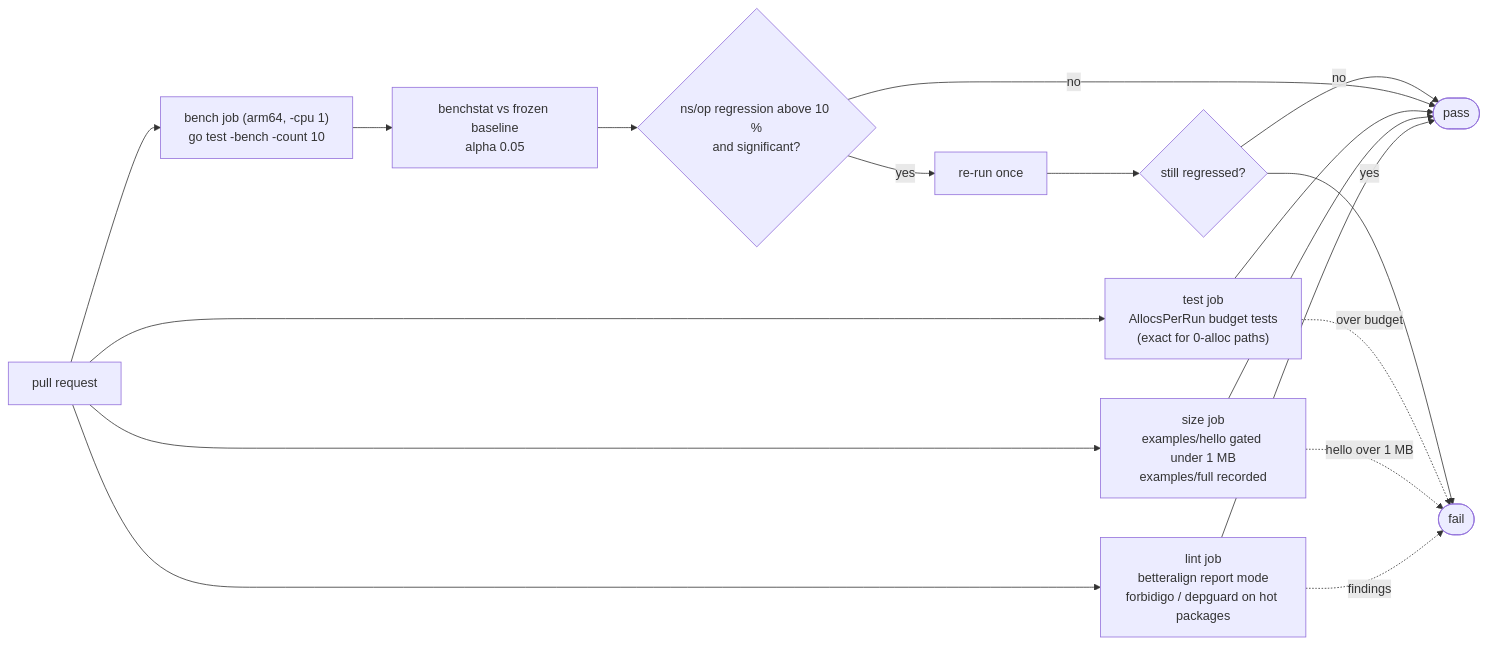
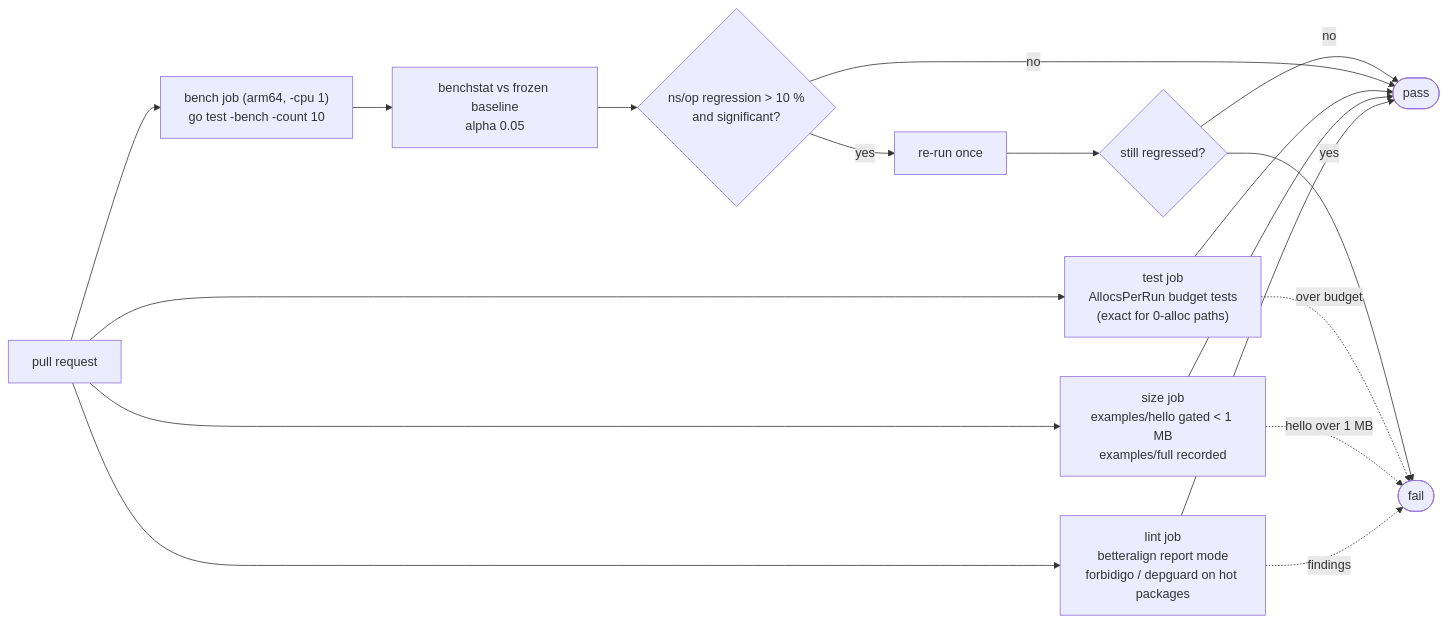
One commit to christiangda/powertools-lambda-go-plan changed the diagram in 05-performance.md. Above: the diagram before and after it, drawn with Mermaid. The commit also changed other lines of this file and 8 other files, not shown here.

````diff
--- a/05-performance.md
+++ b/05-performance.md
@@ -186,20 +177,20 @@
 ```mermaid
 flowchart LR
   pr["pull request"] --> t["test job<br/>AllocsPerRun budget tests<br/>(exact for 0-alloc paths)"]
   pr --> b["bench job (arm64, -cpu 1)<br/>go test -bench -count 10"]
-  pr --> s["size job<br/>examples/hello gated under 1 MB<br/>examples/full recorded"]
+  pr --> s["size job<br/>examples/hello gated < 1 MB<br/>examples/full recorded"]
   pr --> l["lint job<br/>betteralign report mode<br/>forbidigo / depguard on hot packages"]
   b --> bs["benchstat vs frozen baseline<br/>alpha 0.05"]
-  bs --> reg{ns/op regression above 10 %<br/>and significant?}
+  bs --> reg{ns/op regression > 10 %<br/>and significant?}
   reg -- yes --> rerun["re-run once"]
   rerun --> reg2{still regressed?}
   reg2 -- yes --> fail([fail])
   reg2 -- no --> pass([pass])
   reg -- no --> pass
   t --> pass
   s --> pass
   l --> pass
   t -. over budget .-> fail
   s -. hello over 1 MB .-> fail
   l -. findings .-> fail
 ```
````
